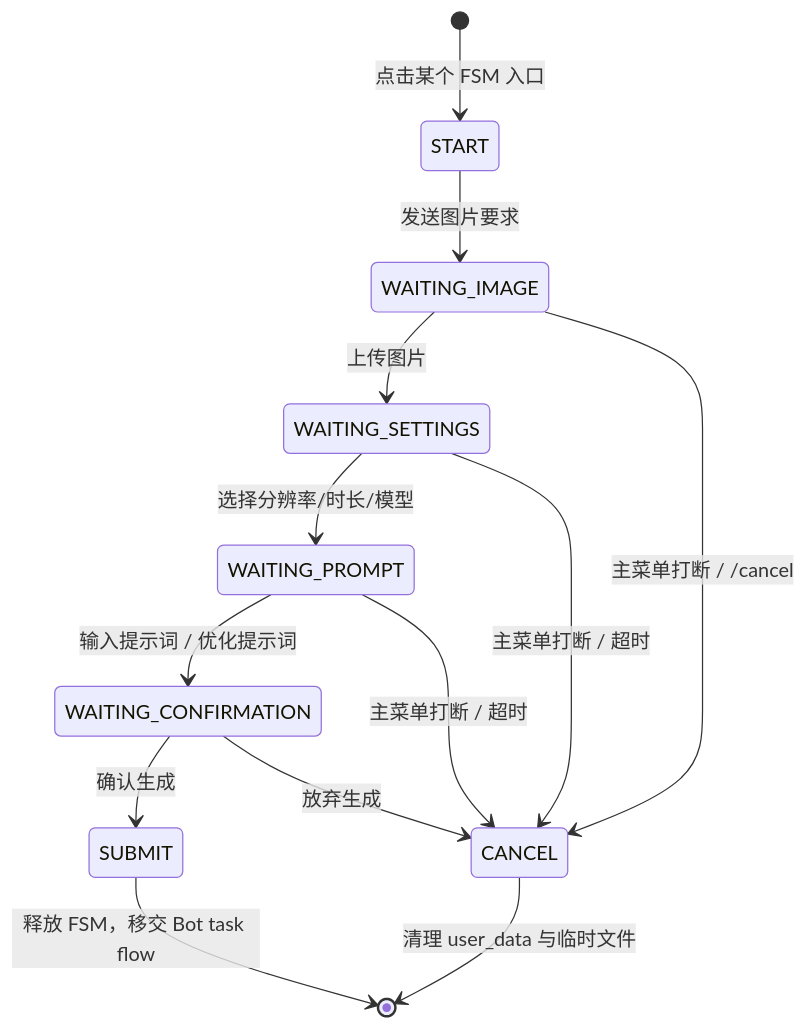
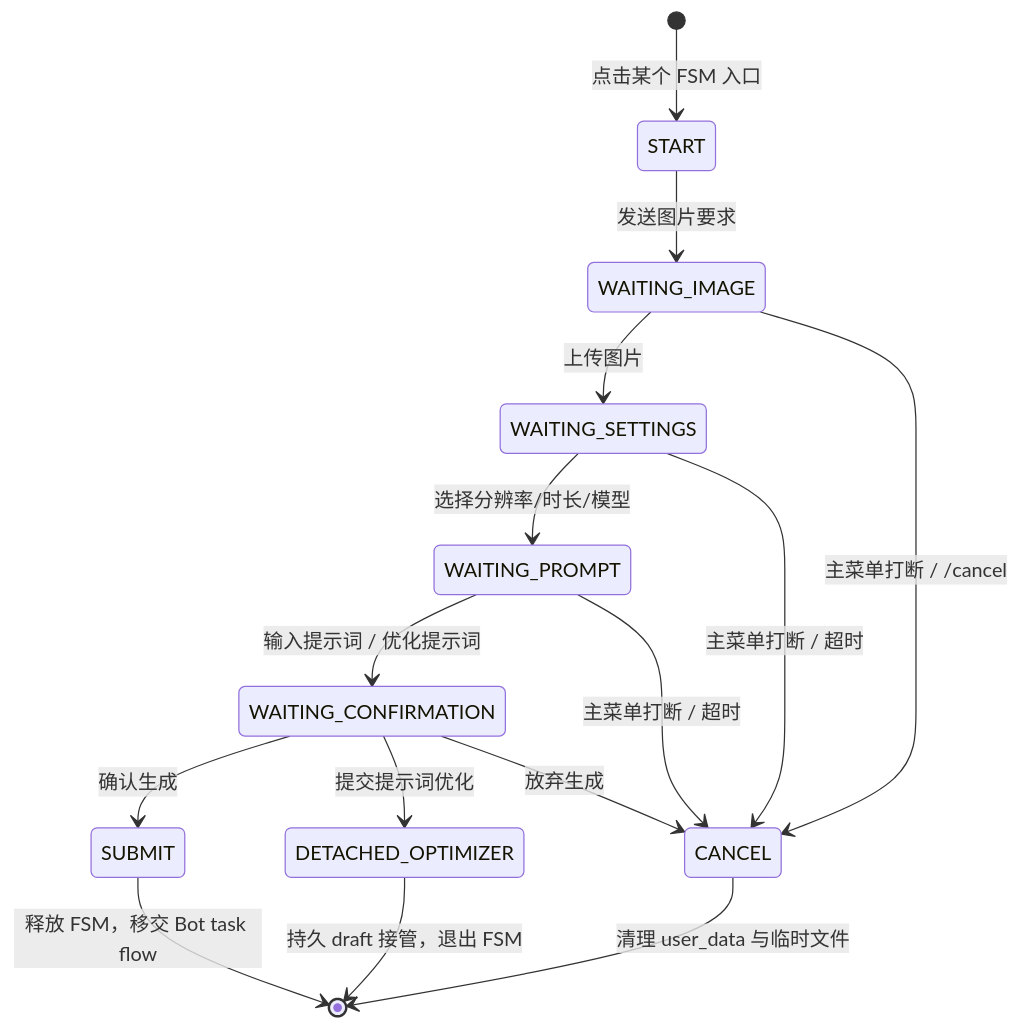
The diagram in docs/子模块_交互状态机_fsm_handlers.md (giraffu/All_bot), drawn with Mermaid before and after one commit. The commit also changed other lines of this file and 29 other files, not shown here.

````diff
--- a/docs/子模块_交互状态机_fsm_handlers.md
+++ b/docs/子模块_交互状态机_fsm_handlers.md
@@ -46,15 +50,17 @@
 ```mermaid
 stateDiagram-v2
     [*] --> START : 点击某个 FSM 入口
     START --> WAITING_IMAGE : 发送图片要求
     WAITING_IMAGE --> WAITING_SETTINGS : 上传图片
     WAITING_IMAGE --> CANCEL : 主菜单打断 / /cancel
     WAITING_SETTINGS --> WAITING_PROMPT : 选择分辨率/时长/模型
     WAITING_SETTINGS --> CANCEL : 主菜单打断 / 超时
     WAITING_PROMPT --> WAITING_CONFIRMATION : 输入提示词 / 优化提示词
     WAITING_PROMPT --> CANCEL : 主菜单打断 / 超时
     WAITING_CONFIRMATION --> SUBMIT : 确认生成
+    WAITING_CONFIRMATION --> DETACHED_OPTIMIZER : 提交提示词优化
+    DETACHED_OPTIMIZER --> [*] : 持久 draft 接管，退出 FSM
     WAITING_CONFIRMATION --> CANCEL : 放弃生成
     SUBMIT --> [*] : 释放 FSM，移交 Bot task flow
     CANCEL --> [*] : 清理 user_data 与临时文件
 ```
````
